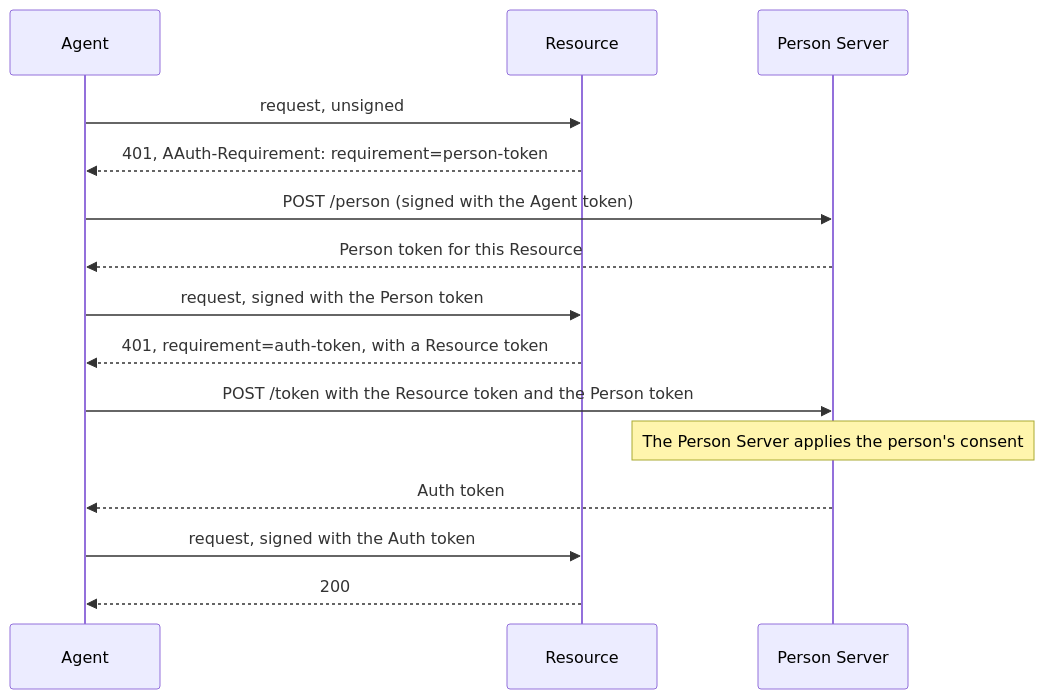
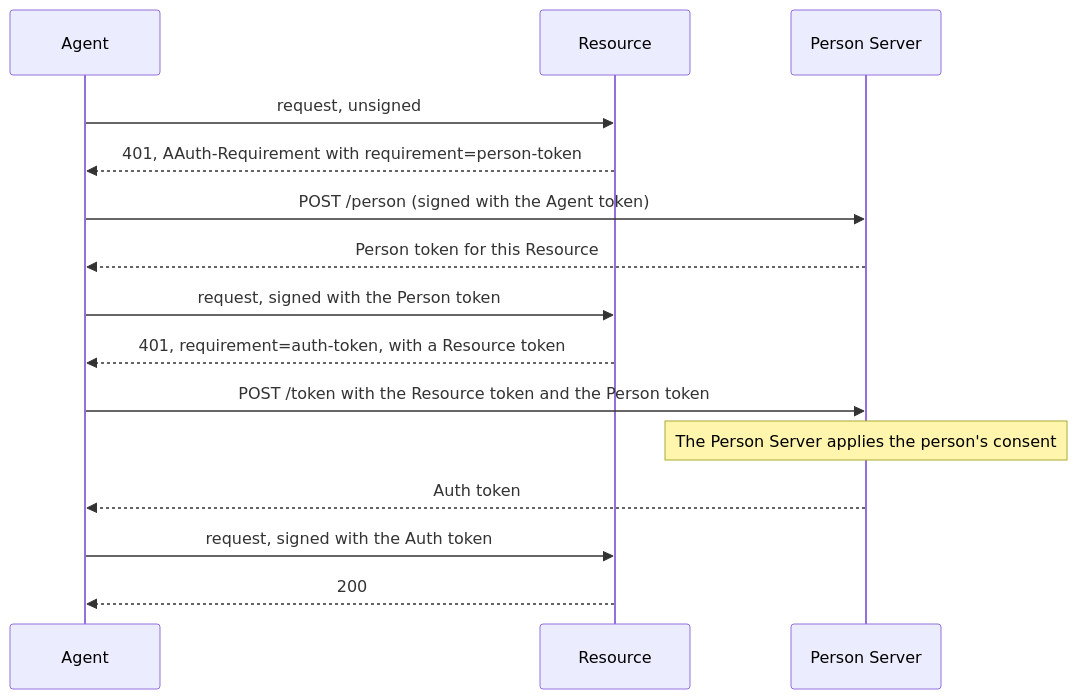
One commit to sidecat-dev/aauth-rust changed the first of 2 diagrams in docs/how-aauth-works.md. Above: the diagram before and after it, drawn with Mermaid. The commit also changed other lines of this file and 14 other files, not shown here.

First line of the commit message:
docs: make every mermaid diagram render on GitLab

````diff
--- a/docs/how-aauth-works.md
+++ b/docs/how-aauth-works.md
@@ -124,17 +124,17 @@
 ```mermaid
 sequenceDiagram
     participant Agent
     participant Resource
     participant PS as Person Server
-    Agent->>Resource: request, unsigned
-    Resource-->>Agent: 401, AAuth-Requirement: requirement=person-token
-    Agent->>PS: POST /person (signed with the Agent token)
-    PS-->>Agent: Person token for this Resource
-    Agent->>Resource: request, signed with the Person token
-    Resource-->>Agent: 401, requirement=auth-token, with a Resource token
-    Agent->>PS: POST /token with the Resource token and the Person token
-    Note over PS: The Person Server applies the person's consent
-    PS-->>Agent: Auth token
-    Agent->>Resource: request, signed with the Auth token
-    Resource-->>Agent: 200
+    Agent->>Resource : request, unsigned
+    Resource-->>Agent : 401, AAuth-Requirement with requirement=person-token
+    Agent->>PS : POST /person (signed with the Agent token)
+    PS-->>Agent : Person token for this Resource
+    Agent->>Resource : request, signed with the Person token
+    Resource-->>Agent : 401, requirement=auth-token, with a Resource token
+    Agent->>PS : POST /token with the Resource token and the Person token
+    Note over PS : The Person Server applies the person's consent
+    PS-->>Agent : Auth token
+    Agent->>Resource : request, signed with the Auth token
+    Resource-->>Agent : 200
 ```
````
